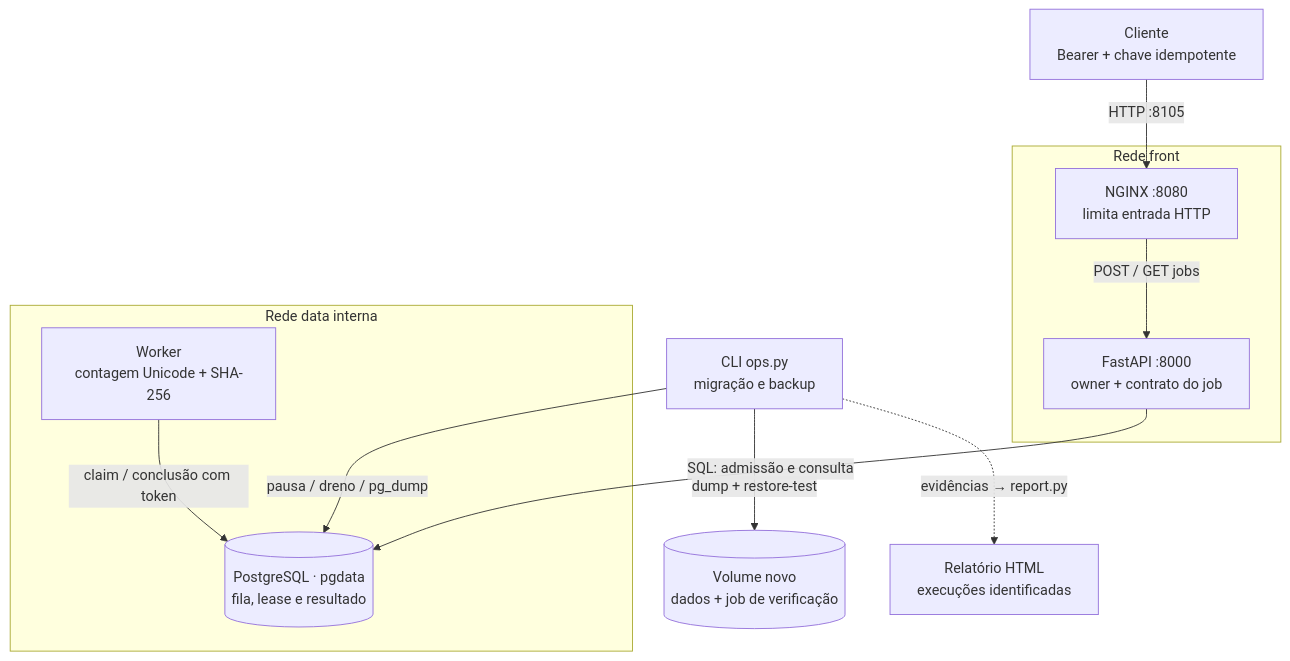
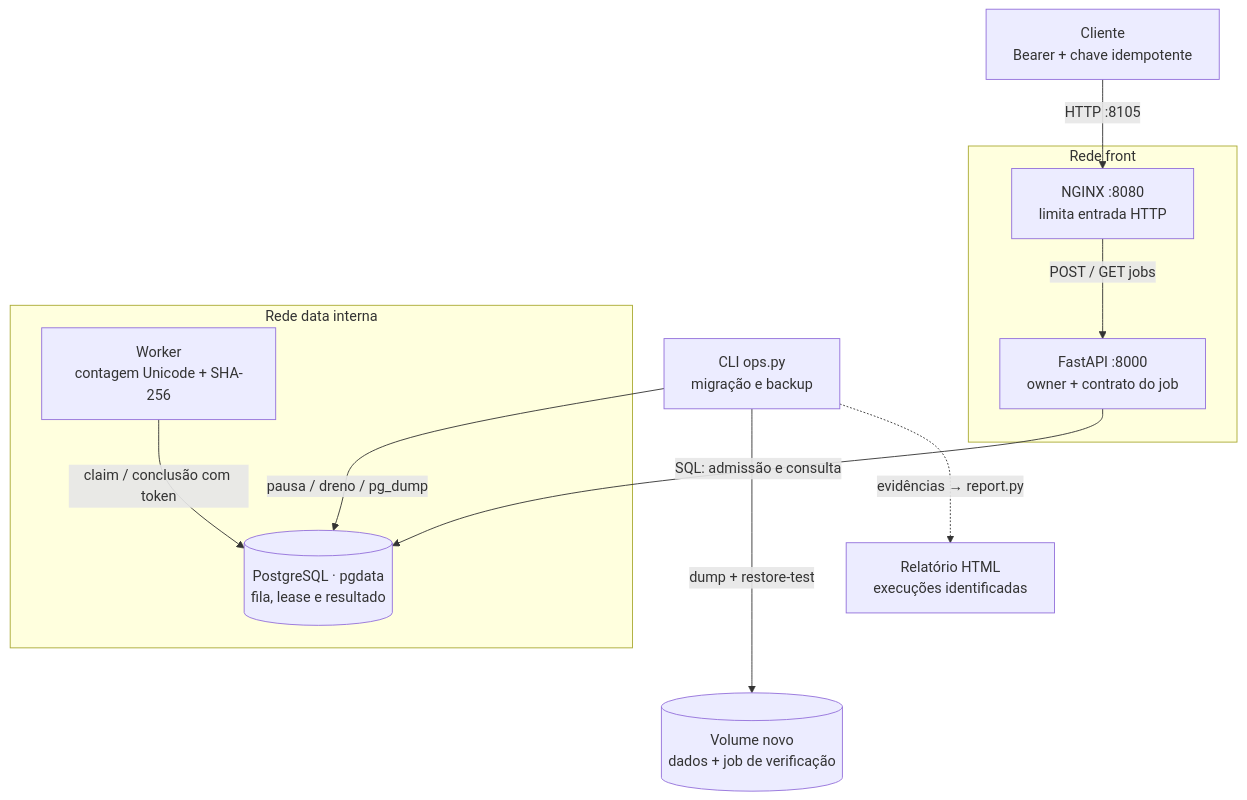
The diagram in README.md (arthurjoanes/containerops), drawn with Mermaid before and after one commit. The commit also changed other lines of this file and 14 other files, not shown here.

````diff
--- a/README.md
+++ b/README.md
@@ -58,18 +58,18 @@
 ```mermaid
 flowchart TB
   C["Cliente<br/>Bearer + chave idempotente"] -->|"HTTP :8105"| P
   subgraph FRONT["Rede front"]
     P["NGINX :8080<br/>limita entrada HTTP"]
     A["FastAPI :8000<br/>owner + contrato do job"]
     P -->|"POST / GET jobs"| A
   end
   subgraph DATA["Rede data interna"]
     D[("PostgreSQL · pgdata<br/>fila, lease e resultado")]
     W["Worker<br/>contagem Unicode + SHA-256"]
     W -->|"claim / conclusão com token"| D
   end
   A -->|"SQL: admissão e consulta"| D
   O["CLI ops.py<br/>migração e backup"] -->|"pausa / dreno / pg_dump"| D
-  O -->|"dump + restore-test"| T[("Volume novo<br/>dados + job de verificação")]
+  O --->|"dump + restore-test"| T[("Volume novo<br/>dados + job de verificação")]
   O -.->|"evidências → report.py"| R["Relatório HTML<br/>execuções identificadas"]
 ```
````
